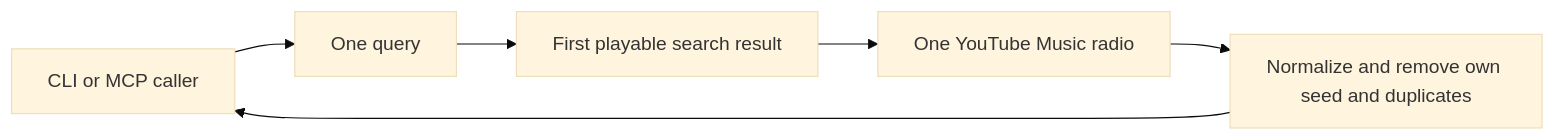
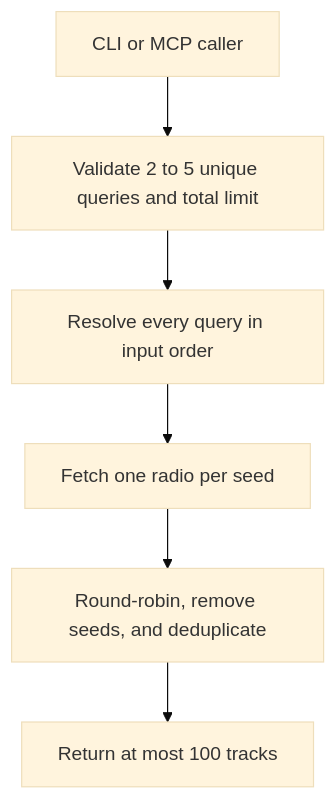
The first of 2 diagrams in docs/multi-seed-plan.md (stevenmichiels/yt-mcp), drawn with Mermaid (base theme) before and after one commit. The commit also changed other lines of this file and 5 other files, not shown here.

Commit message:
feat: support ten radio mix seeds

````diff
--- a/docs/multi-seed-plan.md
+++ b/docs/multi-seed-plan.md
@@ -20,8 +21,8 @@
 ```mermaid
-flowchart LR
-    U[CLI or MCP caller] --> Q[One query]
-    Q --> S[First playable search result]
-    S --> R[One YouTube Music radio]
-    R --> N[Normalize and remove own seed and duplicates]
-    N --> U
+flowchart TD
+    U[CLI or MCP caller] --> V[Validate 2 to 5 unique queries and total limit]
+    V --> S[Resolve every query in input order]
+    S --> R[Fetch one radio per seed]
+    R --> M[Round-robin, remove seeds, and deduplicate]
+    M --> O[Return at most 100 tracks]
 ```
````
